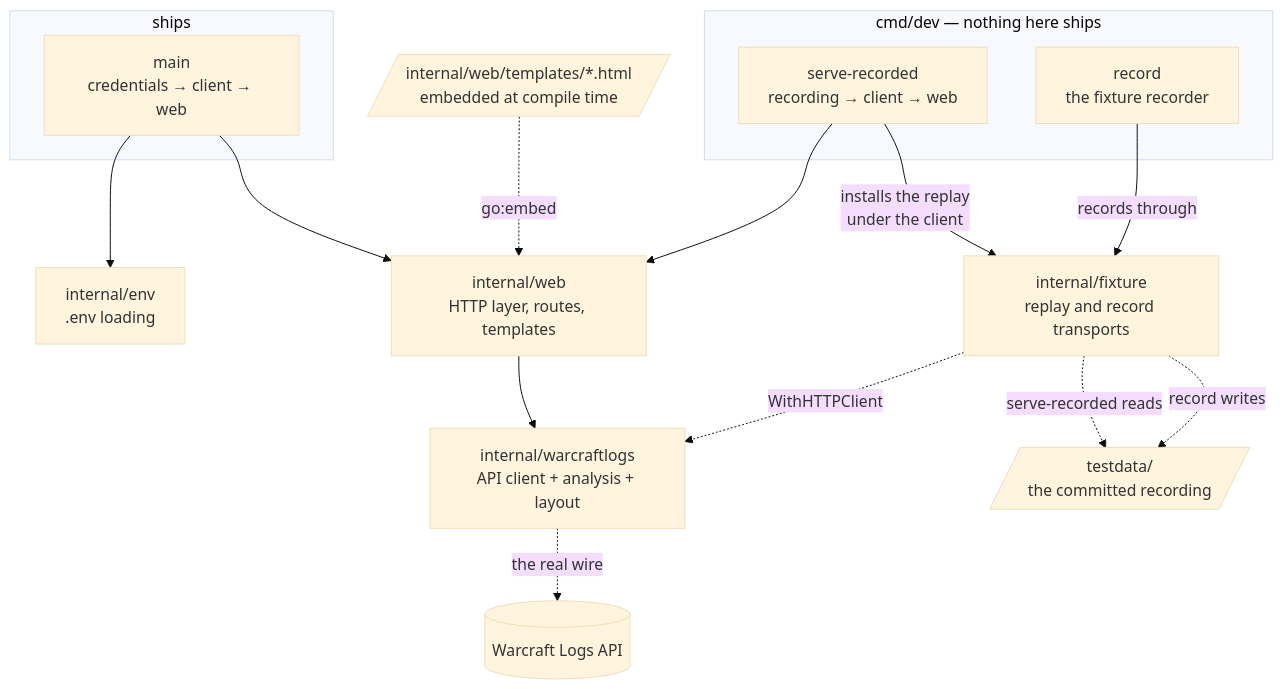
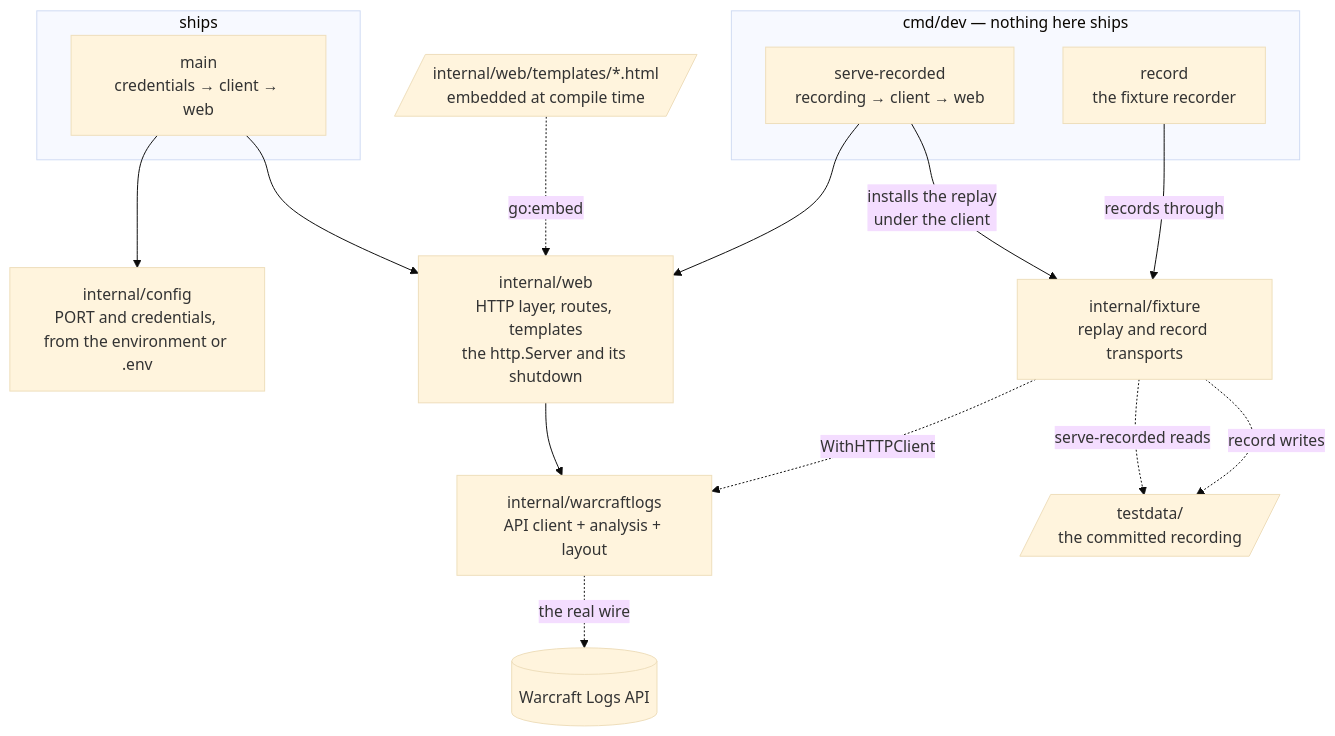
Before and after one commit to Gabriel2048/wow-insights: the second of 3 diagrams in ARCHITECTURE.md, drawn with Mermaid (base theme). The commit also changed other lines of this file and 15 other files, not shown here.

````diff
--- a/ARCHITECTURE.md
+++ b/ARCHITECTURE.md
@@ -50,37 +52,38 @@
 ```mermaid
 flowchart TB
     %% verified: package graph
     subgraph ships["ships"]
         main["main<br/>credentials → client → web"]
     end
     subgraph dev["cmd/dev — nothing here ships"]
         serve_recorded["serve-recorded<br/>recording → client → web"]
         record["record<br/>the fixture recorder"]
     end
     templates[/"internal/web/templates/*.html<br/>embedded at compile time"/]
-    web["internal/web<br/>HTTP layer, routes, templates"]
-    env["internal/env<br/>.env loading"]
+    web["internal/web<br/>HTTP layer, routes, templates<br/>the http.Server and its shutdown"]
+    config["internal/config<br/>PORT and credentials, from the environment or .env"]
     fixture["internal/fixture<br/>replay and record transports"]
     warcraftlogs["internal/warcraftlogs<br/>API client + analysis + layout"]
     api[("Warcraft Logs API")]
     testdata[/"testdata/<br/>the committed recording"/]
 
-    main --> env
+    main --> config
     main --> web
     serve_recorded --> web
     serve_recorded -->|"installs the replay<br/>under the client"| fixture
     record -->|"records through"| fixture
     templates -.->|"go:embed"| web
     web --> warcraftlogs
-    %% Every binary also builds the client (warcraftlogs.New), and record
-    %% reads .env. Real, verified, and not drawn: the labels say it and the
-    %% lines would only cross what matters.
+    %% Every binary also builds the client (warcraftlogs.New) and reads its
+    %% configuration. Real, verified, and not drawn: the labels say it and
+    %% the lines would only cross what matters.
     %% main --> warcraftlogs
     %% serve_recorded --> warcraftlogs
     %% record --> warcraftlogs
-    %% record --> env
+    %% serve_recorded --> config
+    %% record --> config
     fixture -.->|"WithHTTPClient"| warcraftlogs
     fixture -.->|"serve-recorded reads"| testdata
     fixture -.->|"record writes"| testdata
     warcraftlogs -.->|"the real wire"| api
 ```
````
